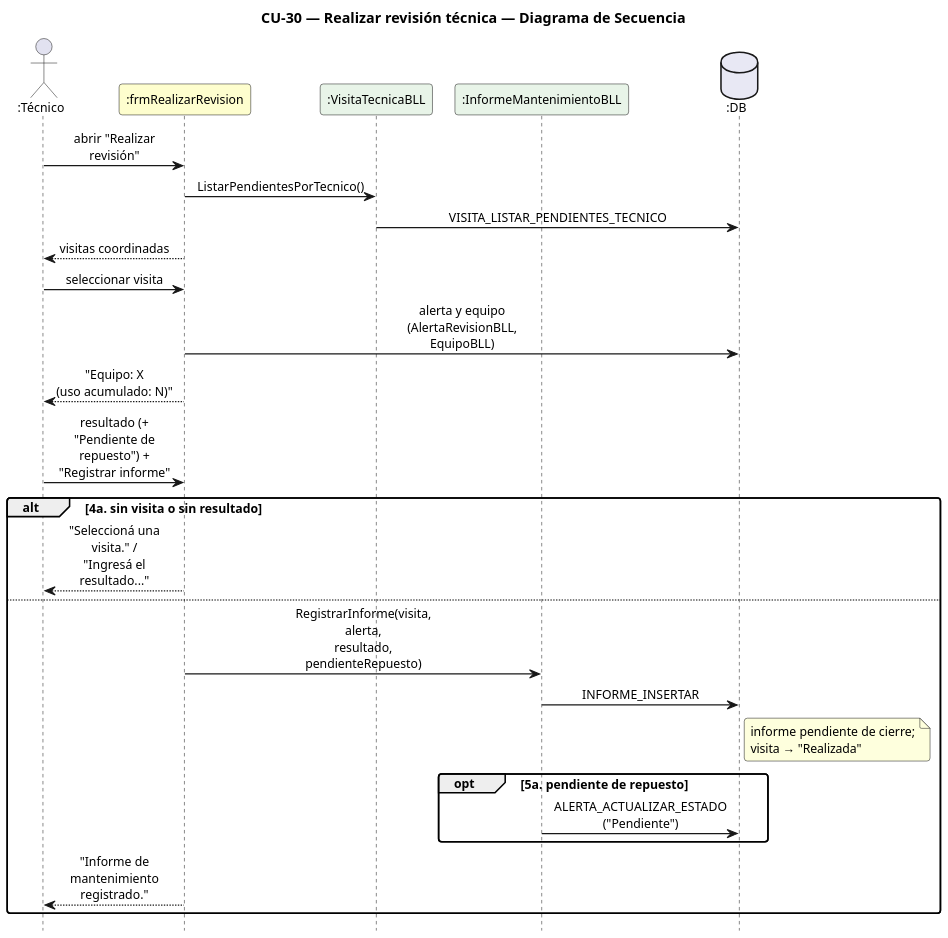
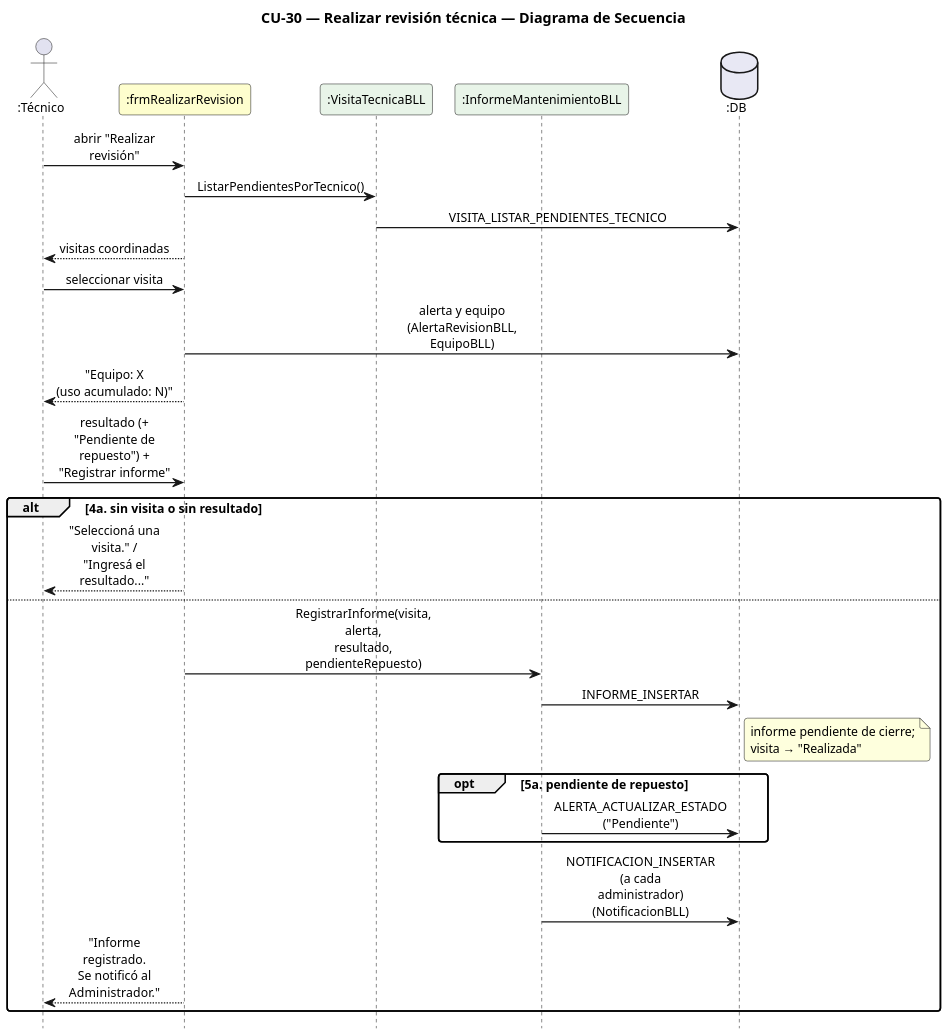
Before and after one commit to Urrels/ingenieria_software: the diagram in DIAGRAMAS/DiagramaSecuencia_CU30_RealizarRevision.puml, drawn with PlantUML. The commit also changed 18 other files, not shown here.

```diff
--- a/DIAGRAMAS/DiagramaSecuencia_CU30_RealizarRevision.puml
+++ b/DIAGRAMAS/DiagramaSecuencia_CU30_RealizarRevision.puml
@@ -1,42 +1,43 @@
 @startuml DiagramaSecuencia_CU30_RealizarRevision
 
 title CU-30 — Realizar revisión técnica — Diagrama de Secuencia
 
 skinparam shadowing false
 skinparam roundcorner 6
 skinparam sequenceArrowThickness 1.2
 skinparam ParticipantPadding 6
 skinparam BoxPadding 4
 skinparam maxMessageSize 115
 skinparam sequenceMessageAlign center
 skinparam defaultFontSize 12
 skinparam dpi 140
 hide footbox
 
 actor ":Técnico" as T
 participant ":frmRealizarRevision" as F #FEFECE
 participant ":VisitaTecnicaBLL" as VB #E8F4E8
 participant ":InformeMantenimientoBLL" as IB #E8F4E8
 database ":DB" as DB #E8E8F4
 
 T -> F : abrir "Realizar revisión"
 F -> VB : ListarPendientesPorTecnico()
 VB -> DB : VISITA_LISTAR_PENDIENTES_TECNICO
 F --> T : visitas coordinadas
 T -> F : seleccionar visita
 F -> DB : alerta y equipo\n(AlertaRevisionBLL, EquipoBLL)
 F --> T : "Equipo: X\n(uso acumulado: N)"
 T -> F : resultado (+ "Pendiente de\nrepuesto") + "Registrar informe"
 alt 4a. sin visita o sin resultado
   F --> T : "Seleccioná una visita." /\n"Ingresá el resultado..."
 else
   F -> IB : RegistrarInforme(visita, alerta,\nresultado, pendienteRepuesto)
   IB -> DB : INFORME_INSERTAR
   note right of DB : informe pendiente de cierre;\nvisita → "Realizada"
   opt 5a. pendiente de repuesto
     IB -> DB : ALERTA_ACTUALIZAR_ESTADO\n("Pendiente")
   end
-  F --> T : "Informe de mantenimiento\nregistrado."
+  IB -> DB : NOTIFICACION_INSERTAR\n(a cada administrador)\n(NotificacionBLL)
+  F --> T : "Informe registrado.\nSe notificó al Administrador."
 end
 
 @enduml
```
